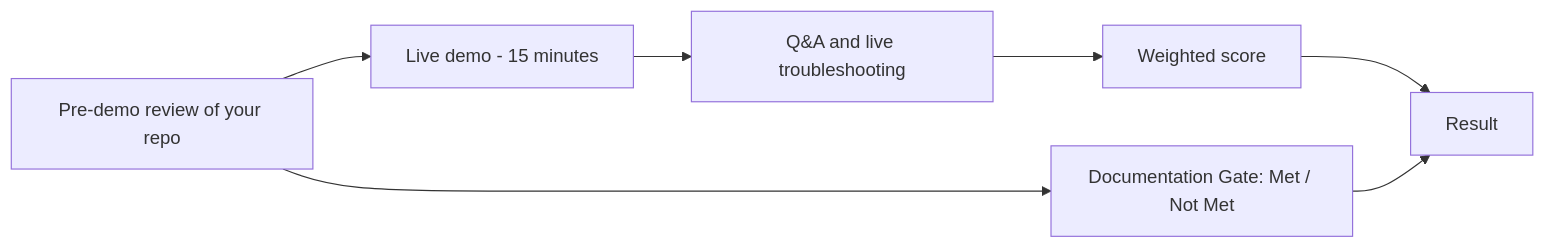
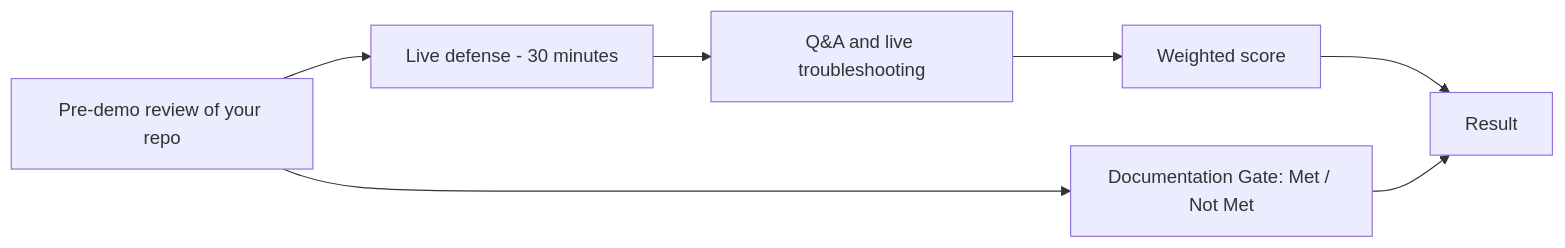
One commit to strat-training/terraform-ecs-eks-training-r-d changed the diagram in capstone/capstone-grading-rubric.md. Above: the diagram before and after it, drawn with Mermaid. The commit also changed other lines of this file and 10 other files, not shown here.

````diff
--- a/capstone/capstone-grading-rubric.md
+++ b/capstone/capstone-grading-rubric.md
@@ -12,9 +12,9 @@
 ```mermaid
 graph LR
-    A[Pre-demo review of your repo] --> B[Live demo - 15 minutes]
+    A[Pre-demo review of your repo] --> B[Live defense - 30 minutes]
     B --> C[Q&A and live troubleshooting]
     C --> D[Weighted score]
     A --> G[Documentation Gate: Met / Not Met]
     D --> R[Result]
     G --> R
 ```
````
